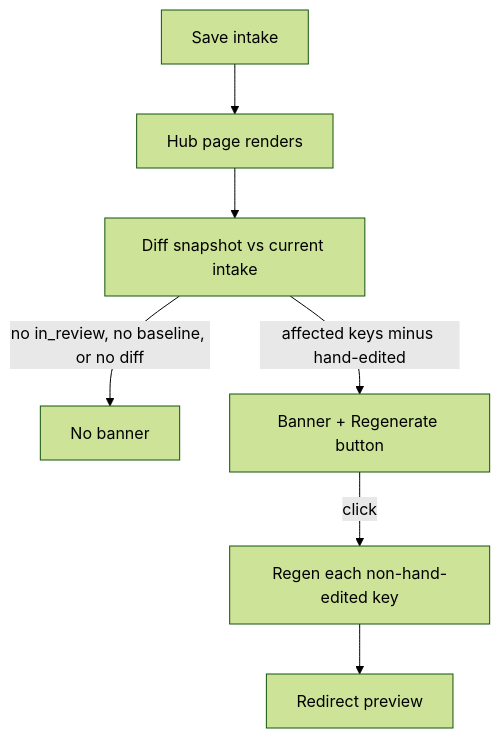
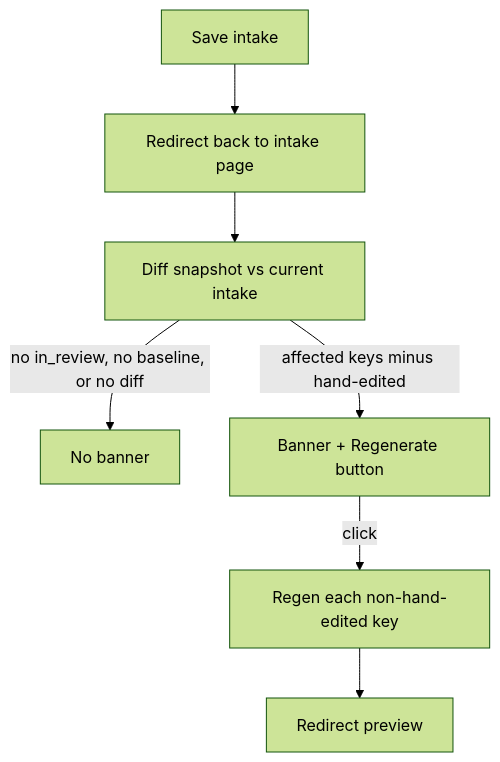
Before and after one commit to tohmyy/my-proposal-ai-app: the diagram in BUILD-PLAN-selective-intake-regen.md, drawn with Mermaid (forest theme). The commit also changed other lines of this file and 10 other files, not shown here.

````diff
--- a/BUILD-PLAN-selective-intake-regen.md
+++ b/BUILD-PLAN-selective-intake-regen.md
@@ -19,9 +19,9 @@
 ```mermaid
 flowchart TD
-  save[Save intake] --> hub[Hub page renders]
-  hub --> diff[Diff snapshot vs current intake]
+  save[Save intake] --> back[Redirect back to intake page]
+  back --> diff[Diff snapshot vs current intake]
   diff -->|no in_review, no baseline, or no diff| plain[No banner]
   diff -->|affected keys minus hand-edited| banner[Banner + Regenerate button]
   banner -->|click| regen[Regen each non-hand-edited key]
   regen --> preview[Redirect preview]
 ```
````
